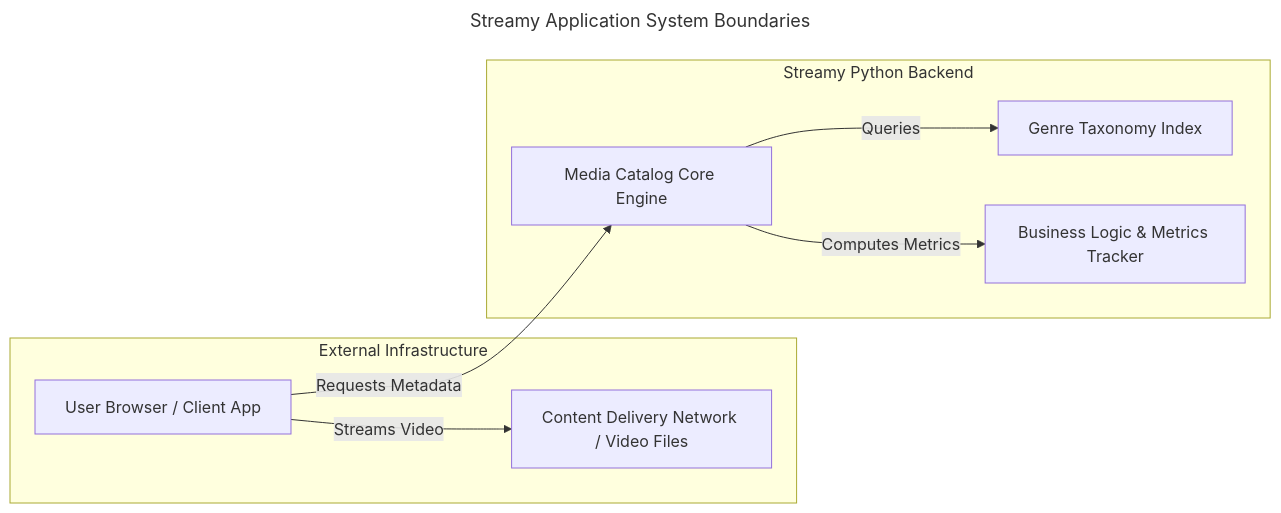
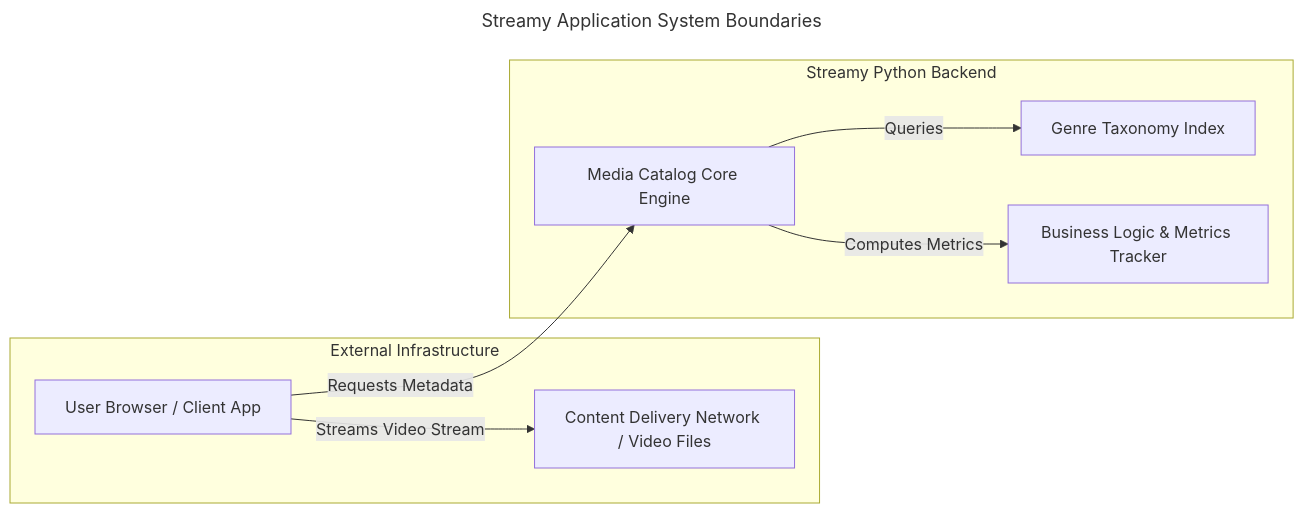
One commit to aliasgarov007-dot/Streamy-Software-Technology changed the first of 2 diagrams in abstract.md. Above: the diagram before and after it, drawn with Mermaid. The commit also changed other lines of this file and 3 other files, not shown here.

````diff
--- a/abstract.md
+++ b/abstract.md
@@ -12,19 +14,20 @@
 ```mermaid
 ---
 title: Streamy Application System Boundaries
 ---
+
 flowchart LR
-    subgraph OutsideSystemBoundary [External Infrastructure]
-        UI[User Browser / Client App]
-        CDN[Content Delivery Network / Video Files]
-    end
-    subgraph InsideSystemBoundary [Streamy Python Backend]
-        Core[Media Catalog Core Engine]
-        Tax[Genre Taxonomy Index]
-        Calc[Business Logic & Metrics Tracker]
-    end
-    UI -- Requests Metadata --> Core
-    Core -- Queries --> Tax
-    Core -- Computes Metrics --> Calc
-    UI -- Streams Video --> CDN
+subgraph Outside System Boundary [External Infrastructure]
+    UI[User Browser / Client App]
+    CDN[Content Delivery Network / Video Files]
+end
+subgraph Inside System Boundary [Streamy Python Backend]
+    Core[Media Catalog Core Engine]
+    Tax[Genre Taxonomy Index]
+    Calc[Business Logic & Metrics Tracker]
+end
+UI -- Requests Metadata --> Core
+Core -- Queries --> Tax
+Core -- Computes Metrics --> Calc
+UI -- Streams Video Stream --> CDN
 ```
````
